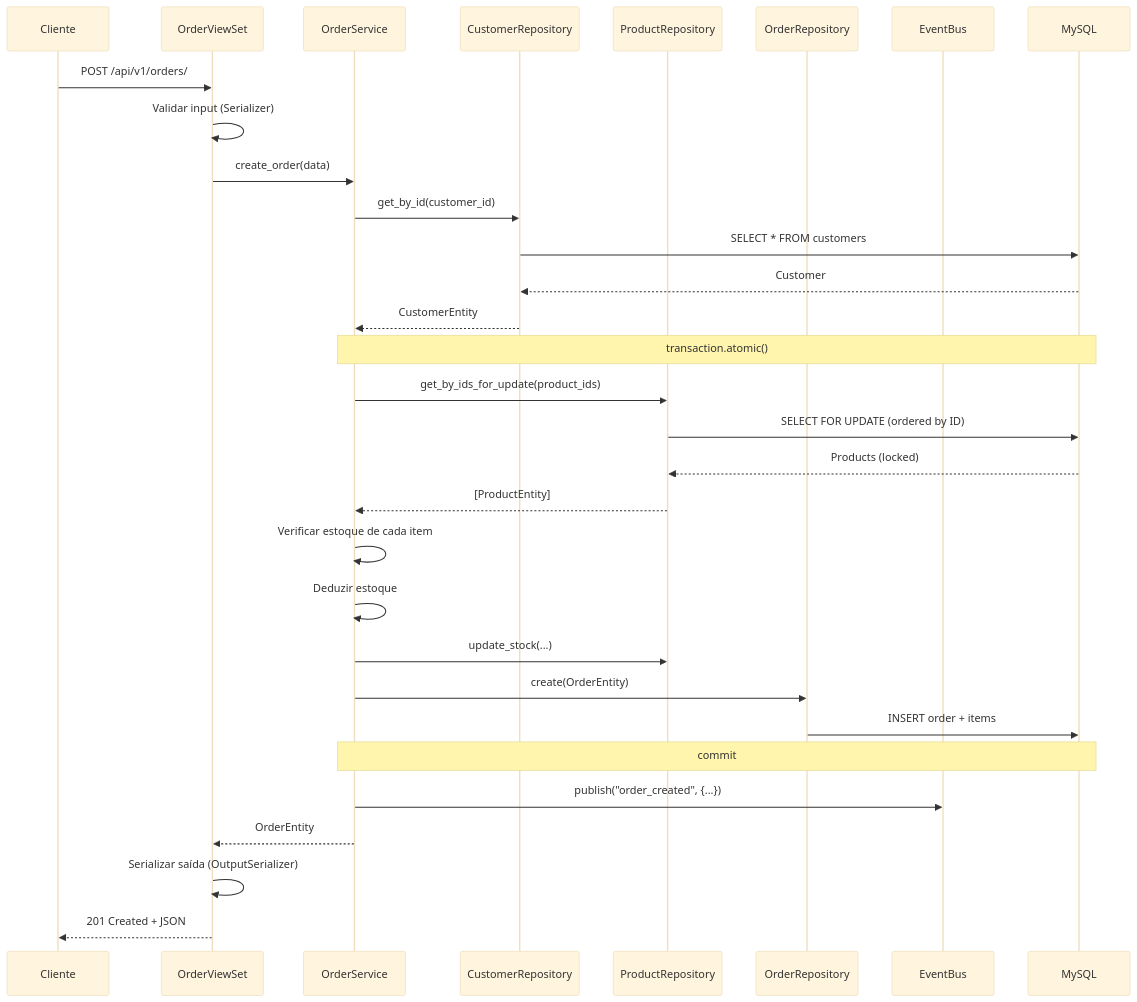
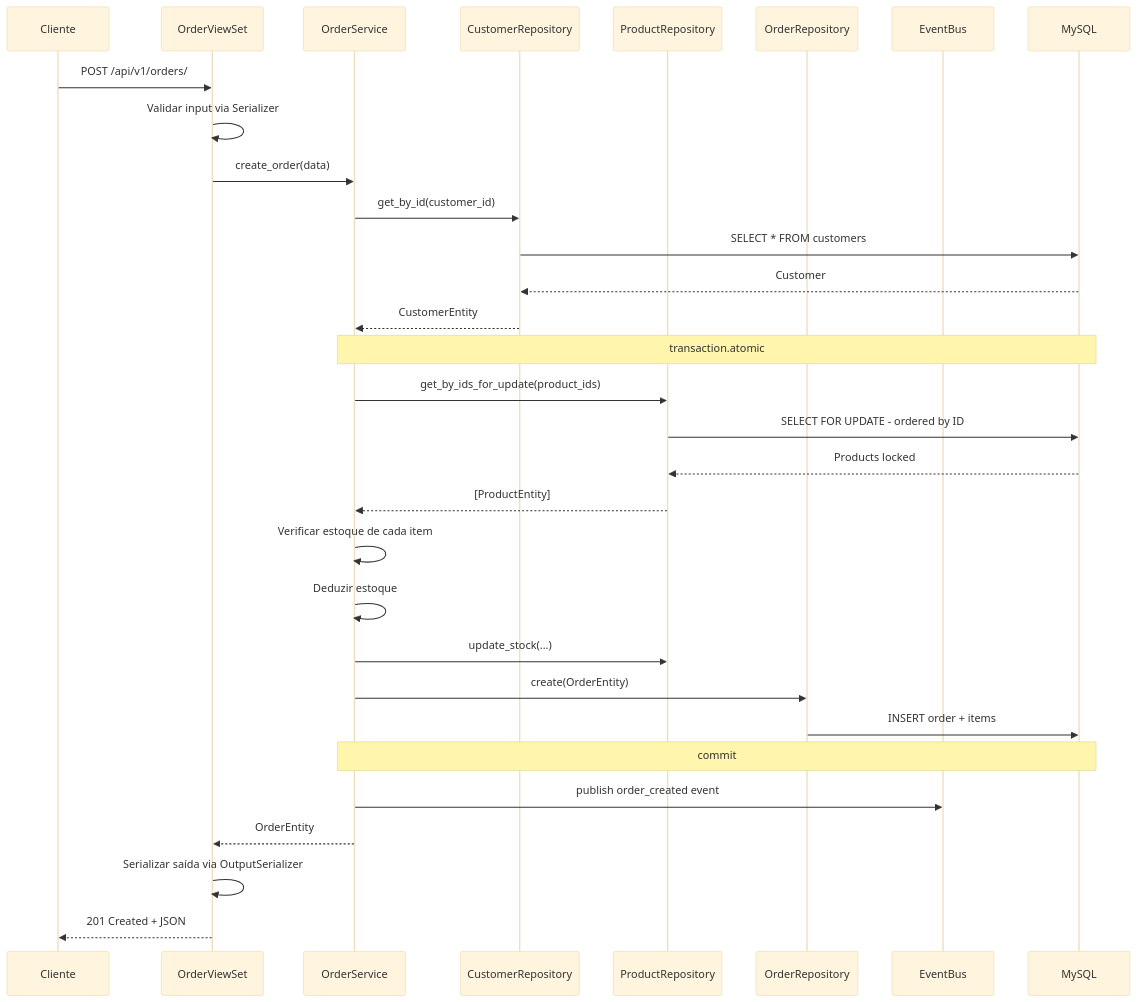
One commit to augusto49/Sistema-ERP-Gest-o-de-Pedidos changed the second of 2 diagrams in ARCHITECTURE.md. Above: the diagram before and after it, drawn with Mermaid (base theme). The commit also changed other lines of this file, not shown here.

Commit message:
fix: escape special characters in Mermaid diagrams for GitHub rendering

````diff
--- a/ARCHITECTURE.md
+++ b/ARCHITECTURE.md
@@ -50,37 +50,37 @@
 ```mermaid
 sequenceDiagram
     participant C as Cliente
     participant V as OrderViewSet
     participant S as OrderService
     participant CR as CustomerRepository
     participant PR as ProductRepository
     participant OR as OrderRepository
     participant EB as EventBus
     participant DB as MySQL
 
     C->>V: POST /api/v1/orders/
-    V->>V: Validar input (Serializer)
+    V->>V: Validar input via Serializer
     V->>S: create_order(data)
     S->>CR: get_by_id(customer_id)
     CR->>DB: SELECT * FROM customers
     DB-->>CR: Customer
     CR-->>S: CustomerEntity
 
-    Note over S,DB: transaction.atomic()
+    Note over S,DB: transaction.atomic
     S->>PR: get_by_ids_for_update(product_ids)
-    PR->>DB: SELECT FOR UPDATE (ordered by ID)
-    DB-->>PR: Products (locked)
+    PR->>DB: SELECT FOR UPDATE - ordered by ID
+    DB-->>PR: Products locked
     PR-->>S: [ProductEntity]
 
     S->>S: Verificar estoque de cada item
     S->>S: Deduzir estoque
     S->>PR: update_stock(...)
     S->>OR: create(OrderEntity)
     OR->>DB: INSERT order + items
     Note over S,DB: commit
 
-    S->>EB: publish("order_created", {...})
+    S->>EB: publish order_created event
     S-->>V: OrderEntity
-    V->>V: Serializar saída (OutputSerializer)
+    V->>V: Serializar saída via OutputSerializer
     V-->>C: 201 Created + JSON
 ```
````
